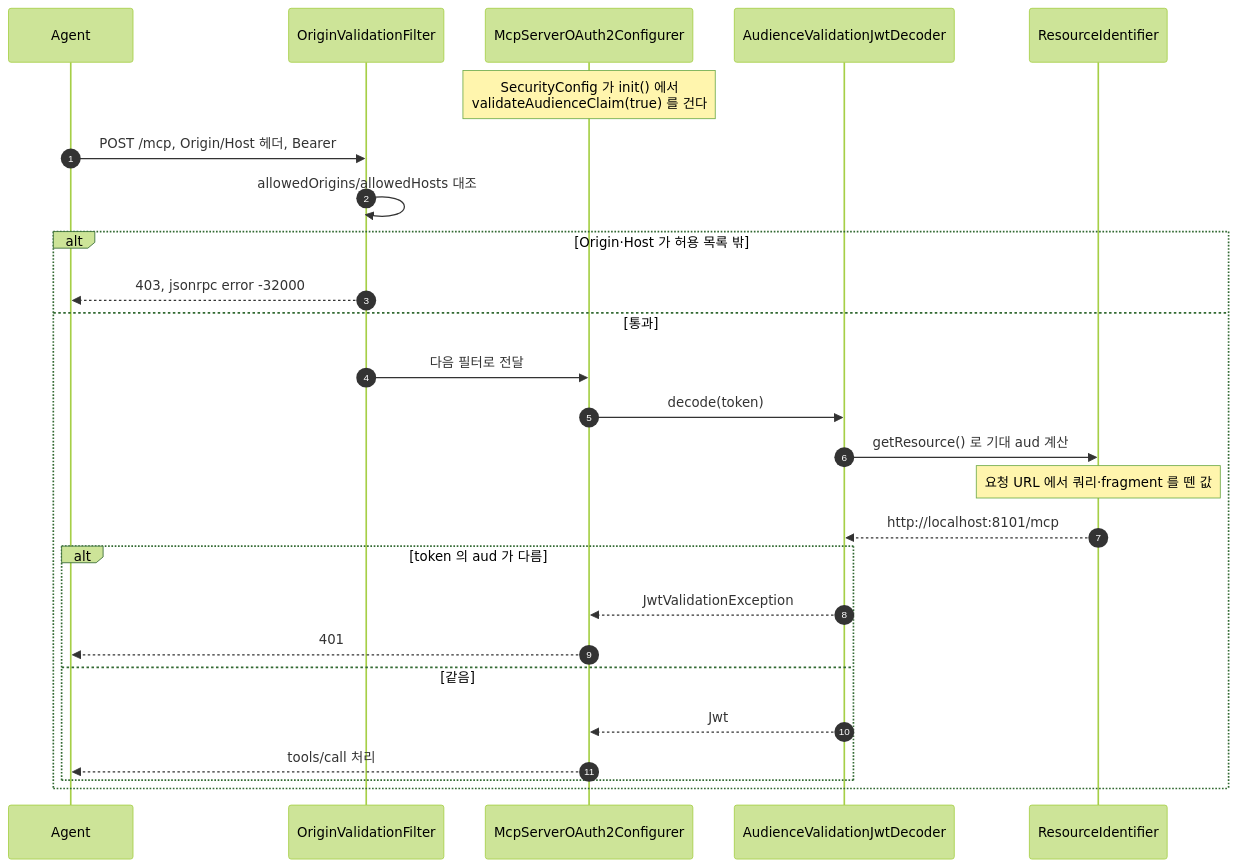
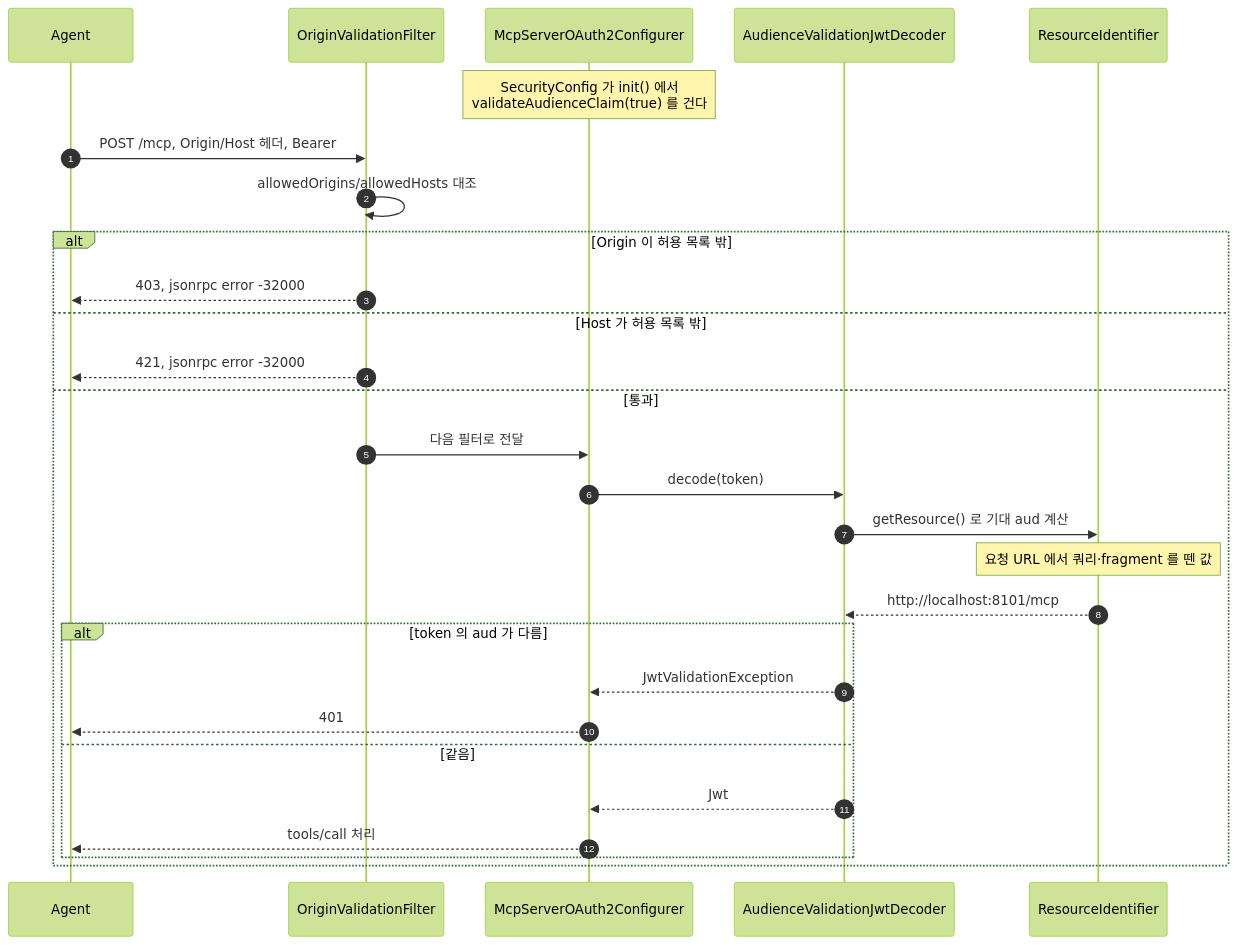
Before and after one commit to starryeye/spring-ai: the third of 4 diagrams in practice/mcp-security-authn-community/SEQUENCES.md, drawn with Mermaid (forest theme). The commit also changed other lines of this file and 12 other files, not shown here.

````diff
--- a/practice/mcp-security-authn-community/SEQUENCES.md
+++ b/practice/mcp-security-authn-community/SEQUENCES.md
@@ -131,28 +132,30 @@
 ```mermaid
 sequenceDiagram
     autonumber
     participant A as Agent
     participant O as OriginValidationFilter
     participant M as McpServerOAuth2Configurer
     participant V as AudienceValidationJwtDecoder
     participant I as ResourceIdentifier
     Note over M: SecurityConfig 가 init() 에서<br/>validateAudienceClaim(true) 를 건다
     A->>O: POST /mcp, Origin/Host 헤더, Bearer
     O->>O: allowedOrigins/allowedHosts 대조
-    alt Origin·Host 가 허용 목록 밖
+    alt Origin 이 허용 목록 밖
         O-->>A: 403, jsonrpc error -32000
+    else Host 가 허용 목록 밖
+        O-->>A: 421, jsonrpc error -32000
     else 통과
         O->>M: 다음 필터로 전달
         M->>V: decode(token)
         V->>I: getResource() 로 기대 aud 계산
         Note over I: 요청 URL 에서 쿼리·fragment 를 뗀 값
         I-->>V: http://localhost:8101/mcp
         alt token 의 aud 가 다름
             V-->>M: JwtValidationException
             M-->>A: 401
         else 같음
             V-->>M: Jwt
             M-->>A: tools/call 처리
         end
     end
 ```
````
